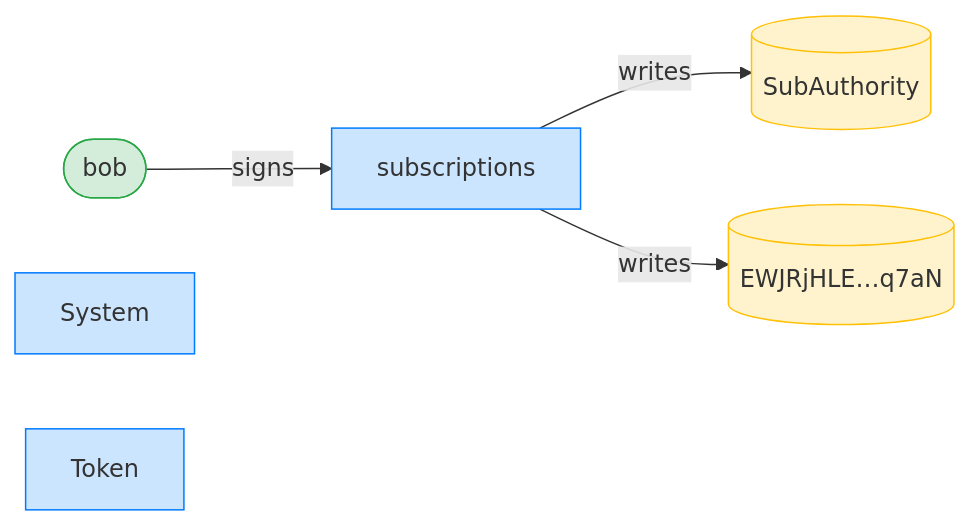
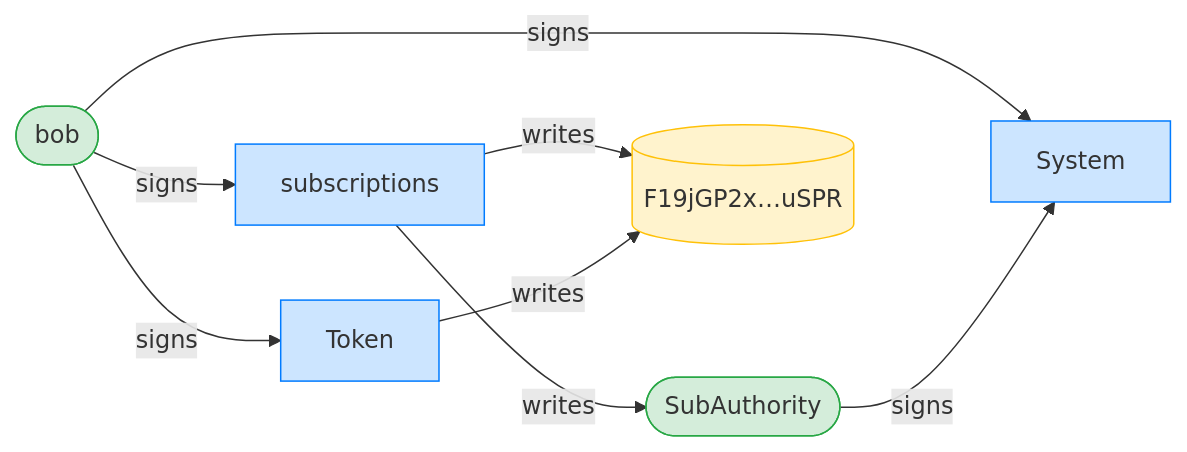
Diagram 11 of 16 in dsl_tests/fixed-transfer-delegator-mismatch-exploit-is-blocked.md (cds-rs/subscriptions), drawn with Mermaid before and after one commit. The commit also changed other lines of this file and 224 other files, not shown here.

````diff
--- a/dsl_tests/fixed-transfer-delegator-mismatch-exploit-is-blocked.md
+++ b/dsl_tests/fixed-transfer-delegator-mismatch-exploit-is-blocked.md
@@ -211,15 +220,19 @@
 ```mermaid
 flowchart LR
     classDef signer fill:#d4edda,stroke:#28a745;
     classDef program fill:#cce5ff,stroke:#007bff;
     classDef writable fill:#fff3cd,stroke:#ffc107;
     subscriptions[subscriptions]:::program
     bob([bob]):::signer
-    SubAuthority[(SubAuthority)]:::writable
-    EWJRjHLE_q7aN[("EWJRjHLE…q7aN")]:::writable
+    SubAuthority([SubAuthority]):::signer
+    F19jGP2x_uSPR[("F19jGP2x…uSPR")]:::writable
     System[System]:::program
     Token[Token]:::program
     bob -->|signs| subscriptions
+    bob -->|signs| System
+    SubAuthority -->|signs| System
+    bob -->|signs| Token
     subscriptions -->|writes| SubAuthority
-    subscriptions -->|writes| EWJRjHLE_q7aN
+    subscriptions -->|writes| F19jGP2x_uSPR
+    Token -->|writes| F19jGP2x_uSPR
 ```
````
